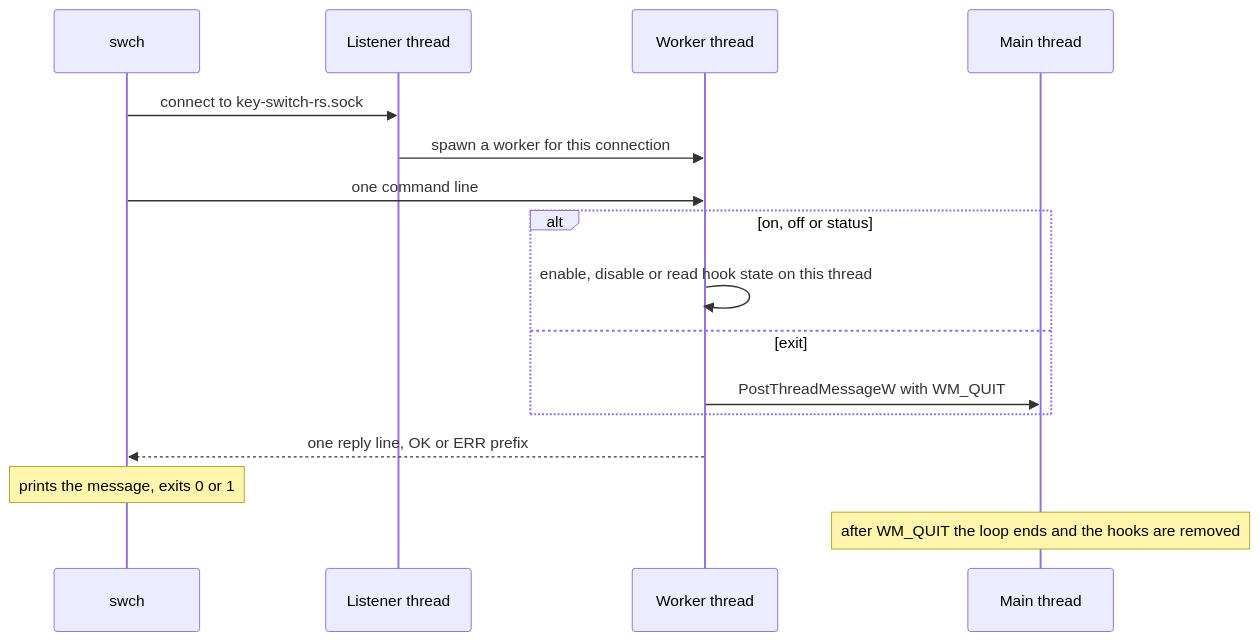
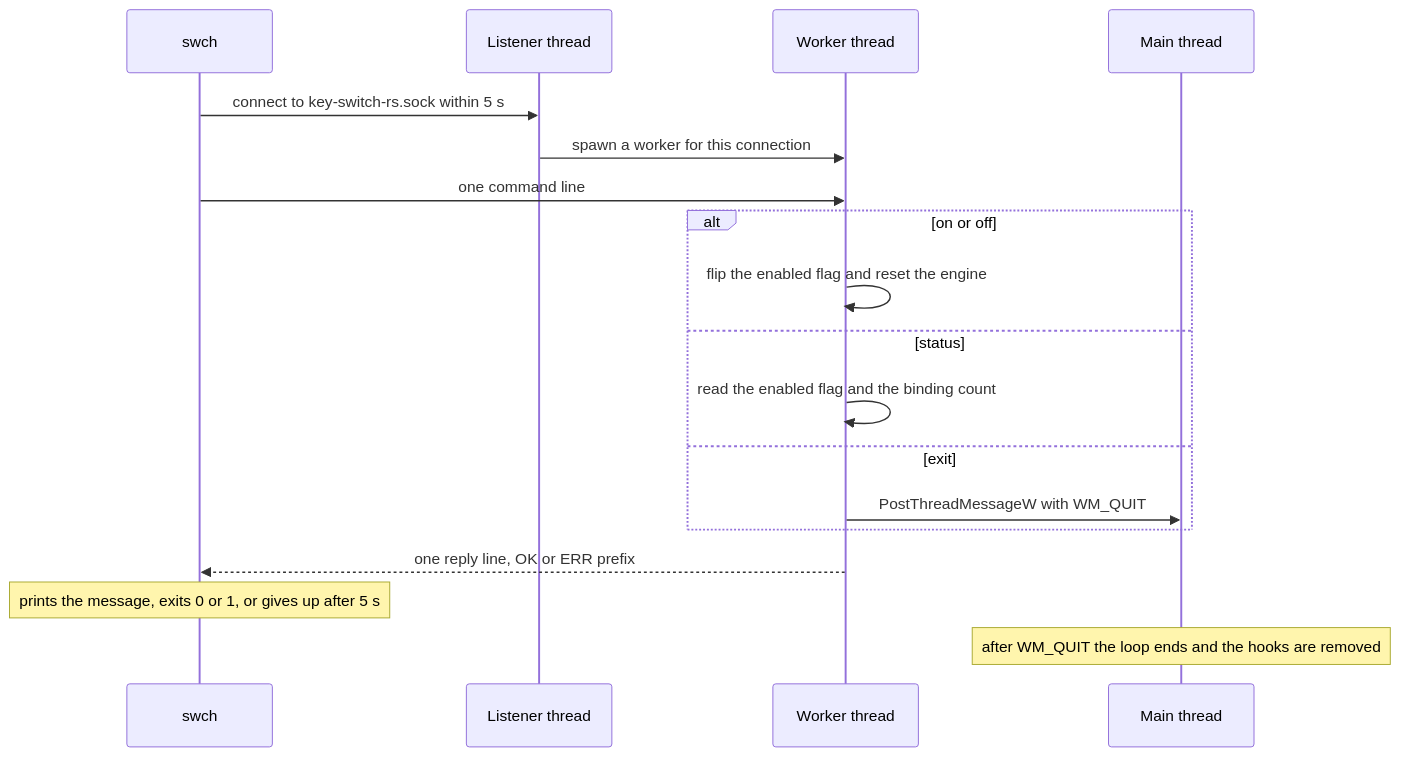
The second of 3 diagrams in book/src/build-and-run.md (bluesteelll/key-switch-rs), drawn with Mermaid before and after one commit. The commit also changed other lines of this file and 19 other files, not shown here.

First line of the commit message:
Book: describe master after roadmap Phase 0 (1dfd80a)

````diff
--- a/book/src/build-and-run.md
+++ b/book/src/build-and-run.md
@@ -162,18 +169,20 @@
 ```mermaid
 sequenceDiagram
     participant S as swch
     participant L as Listener thread
     participant W as Worker thread
     participant M as Main thread
-    S->>L: connect to key-switch-rs.sock
+    S->>L: connect to key-switch-rs.sock within 5 s
     L->>W: spawn a worker for this connection
     S->>W: one command line
-    alt on, off or status
-        W->>W: enable, disable or read hook state on this thread
+    alt on or off
+        W->>W: flip the enabled flag and reset the engine
+    else status
+        W->>W: read the enabled flag and the binding count
     else exit
         W->>M: PostThreadMessageW with WM_QUIT
     end
     W-->>S: one reply line, OK or ERR prefix
-    Note over S: prints the message, exits 0 or 1
+    Note over S: prints the message, exits 0 or 1, or gives up after 5 s
     Note over M: after WM_QUIT the loop ends and the hooks are removed
 ```
````
